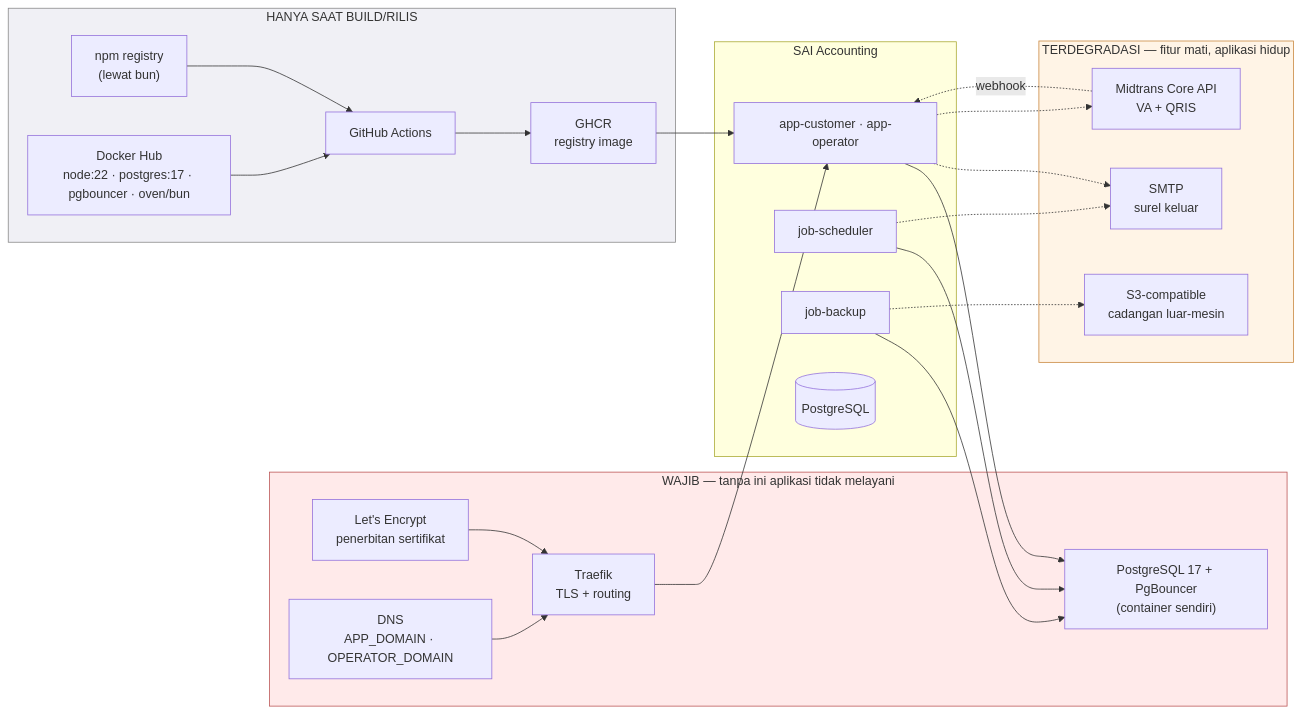
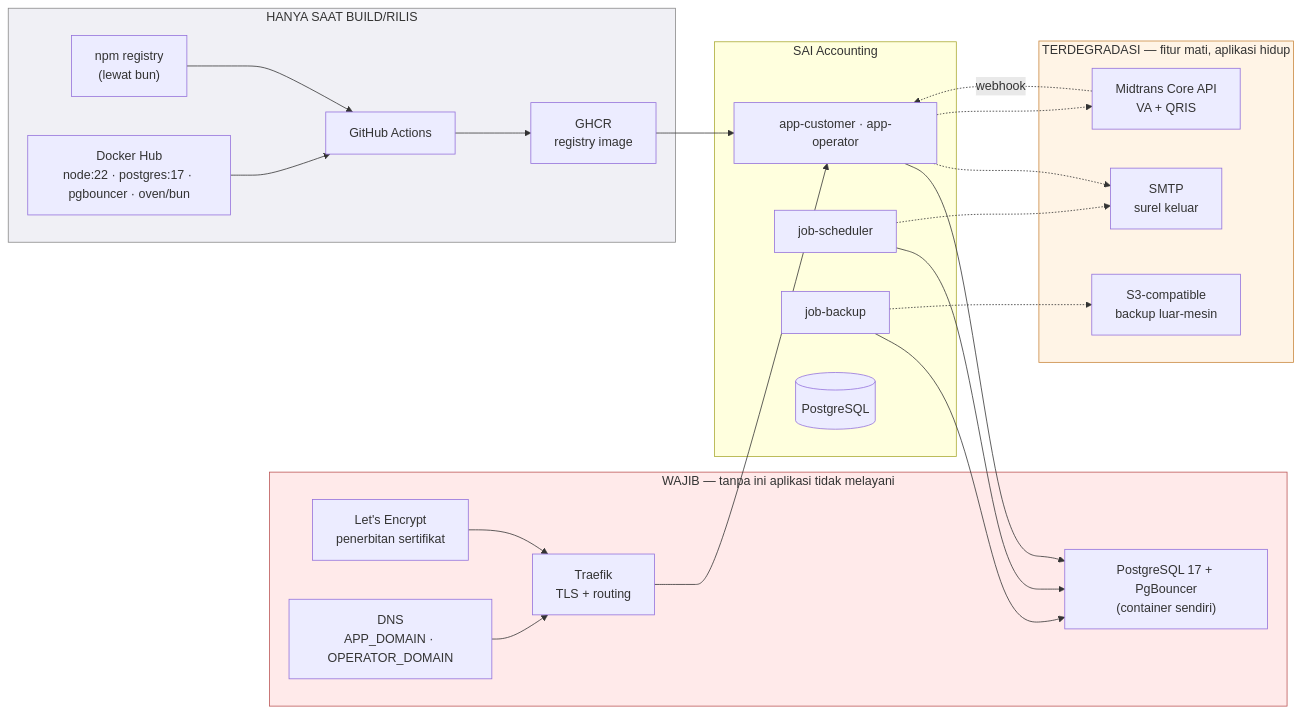
Before and after one commit to tri-evendi/sai-accounting: the first of 4 diagrams in docs/arsitektur/04-DEPENDENSI-INTEGRASI.md, drawn with Mermaid. The commit also changed other lines of this file and 31 other files, not shown here.

````diff
--- a/docs/arsitektur/04-DEPENDENSI-INTEGRASI.md
+++ b/docs/arsitektur/04-DEPENDENSI-INTEGRASI.md
@@ -7,50 +7,50 @@
 ```mermaid
 graph LR
     subgraph platform["SAI Accounting"]
         WEB["app-customer · app-operator"]
         SCH["job-scheduler"]
         BAK["job-backup"]
         DB[("PostgreSQL")]
     end
 
     subgraph wajib["WAJIB — tanpa ini aplikasi tidak melayani"]
         MARIA["PostgreSQL 17 + PgBouncer<br/>(container sendiri)"]
         TRAEFIK["Traefik<br/>TLS + routing"]
         LE["Let's Encrypt<br/>penerbitan sertifikat"]
         DNS["DNS<br/>APP_DOMAIN · OPERATOR_DOMAIN"]
     end
 
     subgraph degradasi["TERDEGRADASI — fitur mati, aplikasi hidup"]
         SMTP["SMTP<br/>surel keluar"]
-        S3["S3-compatible<br/>cadangan luar-mesin"]
+        S3["S3-compatible<br/>backup luar-mesin"]
         MT["Midtrans Core API<br/>VA + QRIS"]
     end
 
     subgraph build["HANYA SAAT BUILD/RILIS"]
         GH["GitHub Actions"]
         GHCR["GHCR<br/>registry image"]
         NPM["npm registry<br/>(lewat bun)"]
         DH["Docker Hub<br/>node:22 · postgres:17 · pgbouncer · oven/bun"]
     end
 
     WEB --> MARIA
     SCH --> MARIA
     BAK --> MARIA
     TRAEFIK --> WEB
     LE --> TRAEFIK
     DNS --> TRAEFIK
 
     WEB -.-> SMTP
     SCH -.-> SMTP
     BAK -.-> S3
     WEB -.-> MT
     MT -.->|webhook| WEB
 
     GH --> GHCR --> WEB
     NPM --> GH
     DH --> GH
 
     style wajib fill:#ffeaea,stroke:#b55
     style degradasi fill:#fff4e6,stroke:#c9873d
     style build fill:#f0f0f5,stroke:#888
 ```
````
